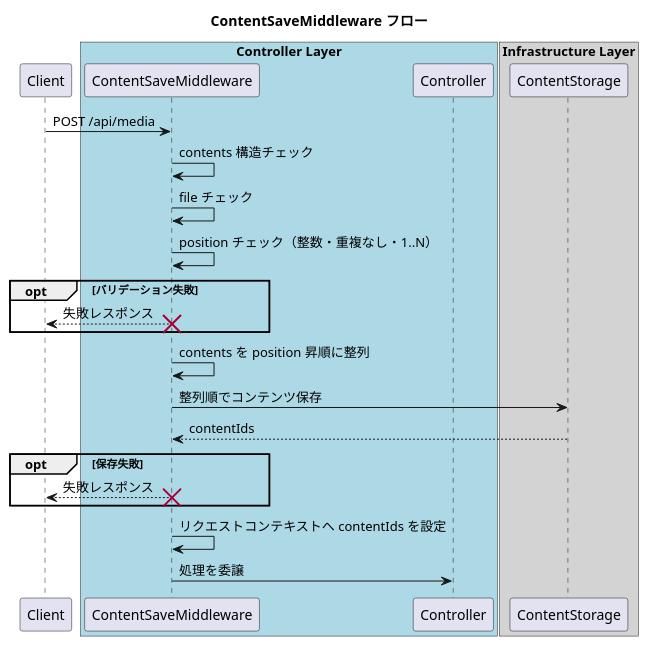
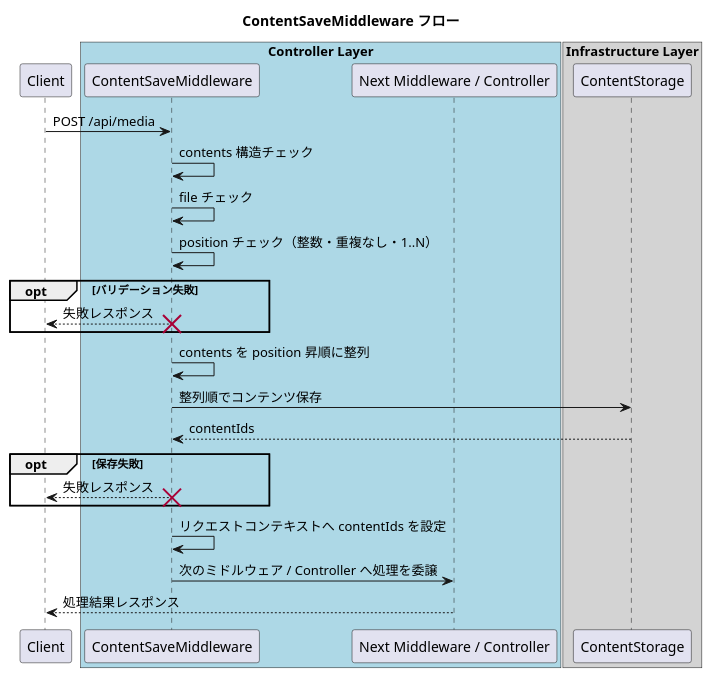
One commit to hachimitu22/MangaViewer changed the diagram in doc/5_api/controller/middleware/ContentSaveMiddleware/readme.md. Above: the diagram before and after it, drawn with PlantUML.

Commit message:
docs: ContentSaveMiddlewareのシーケンス図を委譲先と応答完了が分かる表現に修正する
レビュー指摘の通り、Middlewareが直接Controllerだけを呼ぶ誤解を避けるため、委譲先を『次のミドルウェア / Controller』として明示しました。
あわせて、呼び出し元Clientへ最終的な処理結果が返る線を追加し、リクエスト全体の完了までを図で追跡できるようにしています。

````diff
--- a/doc/5_api/controller/middleware/ContentSaveMiddleware/readme.md
+++ b/doc/5_api/controller/middleware/ContentSaveMiddleware/readme.md
@@ -34,36 +34,37 @@
 ```plantuml
 @startuml
 title ContentSaveMiddleware フロー
 
 participant Client
 box "Controller Layer" #LightBlue
   participant ContentSaveMiddleware as Middleware
-  participant Controller
+  participant NextHandler as "Next Middleware / Controller"
 end box
 box "Infrastructure Layer" #LightGray
   participant ContentStorage as Storage
 end box
 
 Client -> Middleware: POST /api/media
 Middleware -> Middleware: contents 構造チェック
 Middleware -> Middleware: file チェック
 Middleware -> Middleware: position チェック（整数・重複なし・1..N）
 
 opt バリデーション失敗
   Middleware --> Client: 失敗レスポンス
   destroy Middleware
 end
 
 Middleware -> Middleware: contents を position 昇順に整列
 Middleware -> Storage: 整列順でコンテンツ保存
 Storage --> Middleware: contentIds
 
 opt 保存失敗
   Middleware --> Client: 失敗レスポンス
   destroy Middleware
 end
 
 Middleware -> Middleware: リクエストコンテキストへ contentIds を設定
-Middleware -> Controller: 処理を委譲
+Middleware -> NextHandler: 次のミドルウェア / Controller へ処理を委譲
+NextHandler --> Client: 処理結果レスポンス
 @enduml
 ```
````
